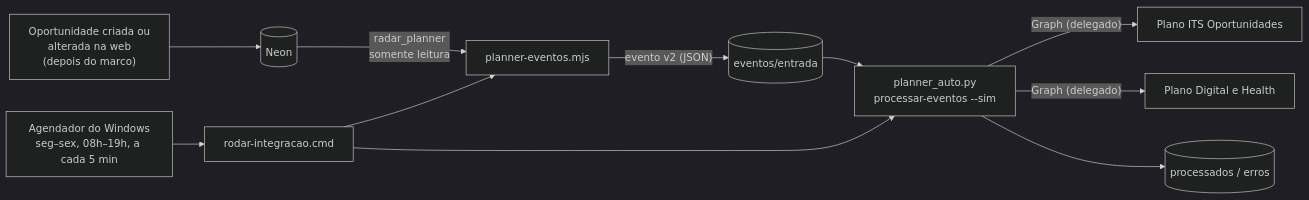
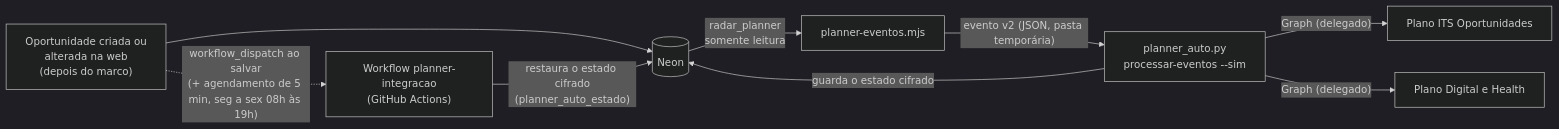
One commit to agentanalisedegoverno-svg/dashboard-metrics-team changed the fourth of 7 diagrams in docs/ARQUITETURA.md. Above: the diagram before and after it, drawn with Mermaid (dark theme). The commit also changed other lines of this file and 23 other files, not shown here.

Commit message:
docs: atualizar arquitetura, diagramas (D1 a D19, SVG) e documentos ao estado de 28/10/2026

````diff
--- a/docs/ARQUITETURA.md
+++ b/docs/ARQUITETURA.md
@@ -149,13 +137,11 @@
 ```mermaid
 flowchart LR
   W["Oportunidade criada ou<br/>alterada na web<br/>(depois do marco)"] --> DB[("Neon")]
+  W -.->|"workflow_dispatch ao salvar<br/>(+ agendamento de 5 min, seg a sex 08h às 19h)"| GHA["Workflow planner-integracao<br/>(GitHub Actions)"]
+  GHA -->|"restaura o estado cifrado<br/>(planner_auto_estado)"| DB
   DB -->|"radar_planner<br/>somente leitura"| EXP["planner-eventos.mjs"]
-  EXP -->|"evento v2 (JSON)"| EV[("eventos/entrada")]
-  AGD["Agendador do Windows<br/>seg–sex, 08h–19h, a cada 5 min"] --> RUN["rodar-integracao.cmd"]
-  RUN --> EXP
-  RUN --> PA["planner_auto.py<br/>processar-eventos --sim"]
-  EV --> PA
+  EXP -->|"evento v2 (JSON, pasta temporária)"| PA["planner_auto.py<br/>processar-eventos --sim"]
   PA -->|"Graph (delegado)"| P1["Plano ITS Oportunidades"]
   PA -->|"Graph (delegado)"| P2["Plano Digital e Health"]
-  PA --> EV2[("processados / erros")]
+  PA -->|"guarda o estado cifrado"| DB
 ```
````
